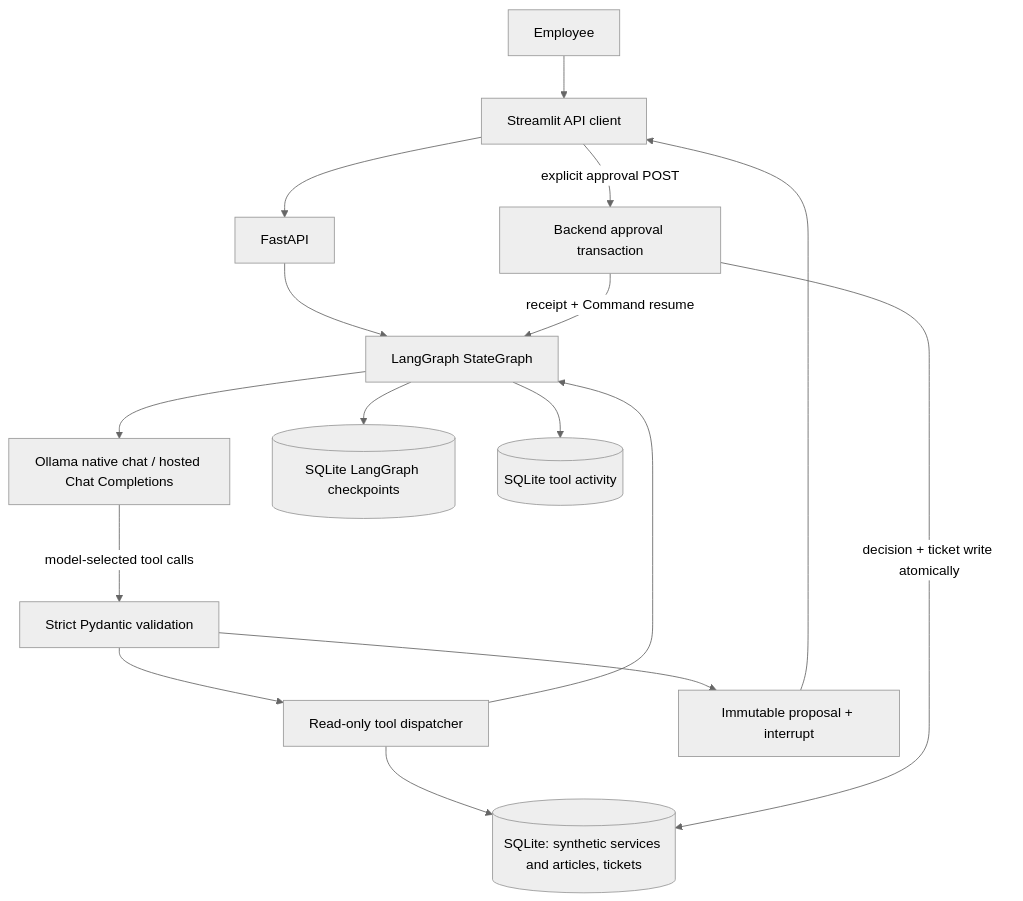
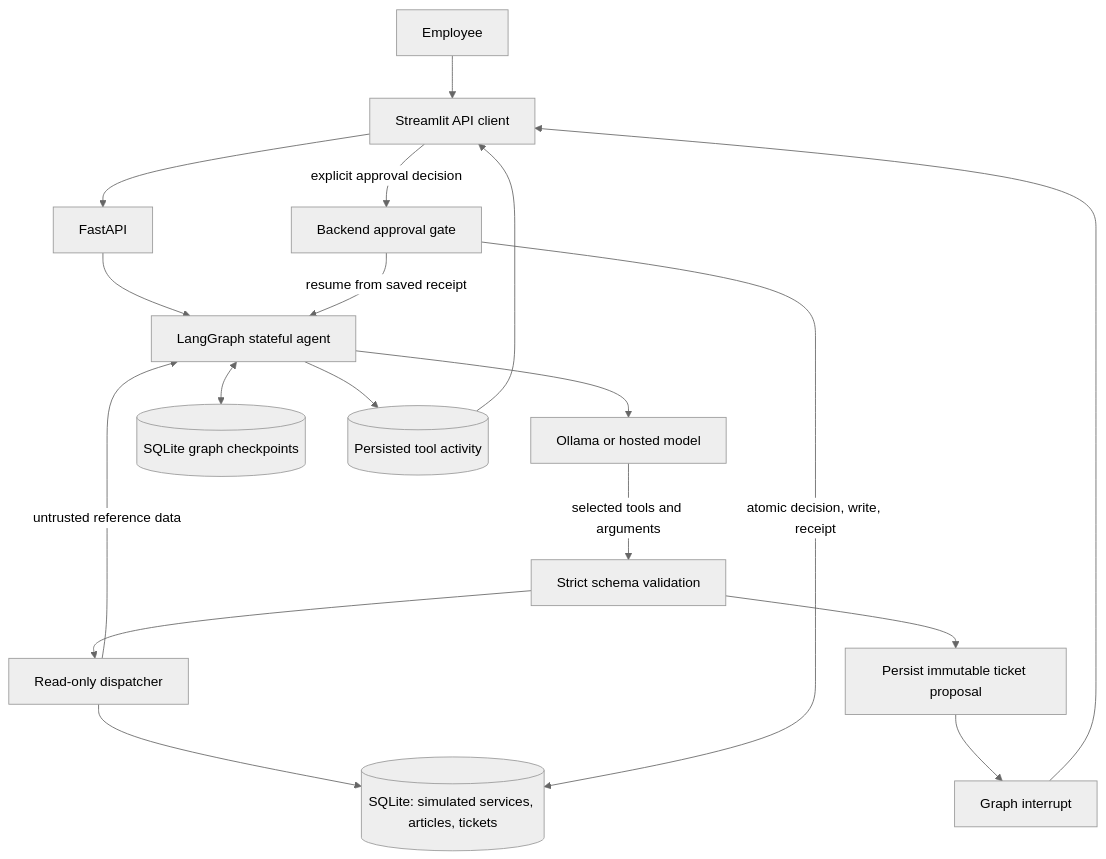
The first of 2 diagrams in README.md (SaadAlamDev/it-support-agent), drawn with Mermaid (neutral theme) before and after one commit. The commit also changed other lines of this file and 40 other files, not shown here.

````diff
--- a/README.md
+++ b/README.md
@@ -62,18 +42,20 @@
 ```mermaid
 flowchart TD
-    User[Employee] --> UI[Streamlit API client]
+    Person[Employee] --> UI[Streamlit API client]
     UI --> API[FastAPI]
-    API --> Graph[LangGraph StateGraph]
-    Graph --> Model[Ollama native chat / hosted Chat Completions]
-    Model -->|model-selected tool calls| Validate[Strict Pydantic validation]
-    Validate --> Read[Read-only tool dispatcher]
-    Read --> Data[(SQLite: synthetic services and articles, tickets)]
-    Read --> Graph
-    Validate --> Proposal[Immutable proposal + interrupt]
-    Proposal --> UI
-    UI -->|explicit approval POST| Gate[Backend approval transaction]
-    Gate -->|decision + ticket write atomically| Data
-    Gate -->|receipt + Command resume| Graph
-    Graph --> Checkpoints[(SQLite LangGraph checkpoints)]
-    Graph --> Activity[(SQLite tool activity)]
+    API --> Graph[LangGraph stateful agent]
+    Graph --> LLM[Ollama or hosted model]
+    LLM -->|selected tools and arguments| Validate[Strict schema validation]
+    Validate --> Read[Read-only dispatcher]
+    Read --> Data[(SQLite: simulated services, articles, tickets)]
+    Read -->|untrusted reference data| Graph
+    Validate --> Proposal[Persist immutable ticket proposal]
+    Proposal --> Pause[Graph interrupt]
+    Pause --> UI
+    UI -->|explicit approval decision| Gate[Backend approval gate]
+    Gate -->|atomic decision, write, receipt| Data
+    Gate -->|resume from saved receipt| Graph
+    Graph <--> Checkpoints[(SQLite graph checkpoints)]
+    Graph --> Trace[(Persisted tool activity)]
+    Trace --> UI
 ```
````
